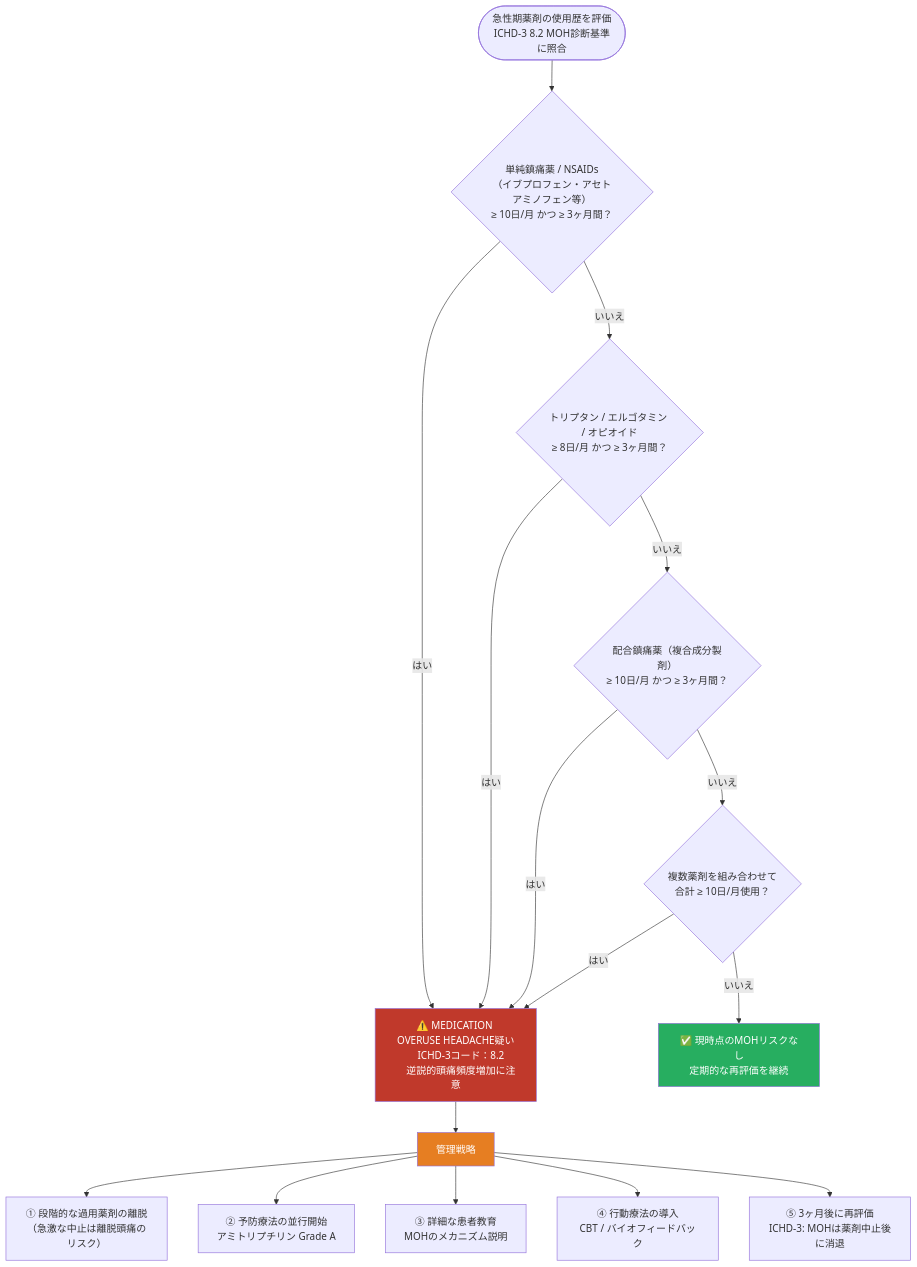
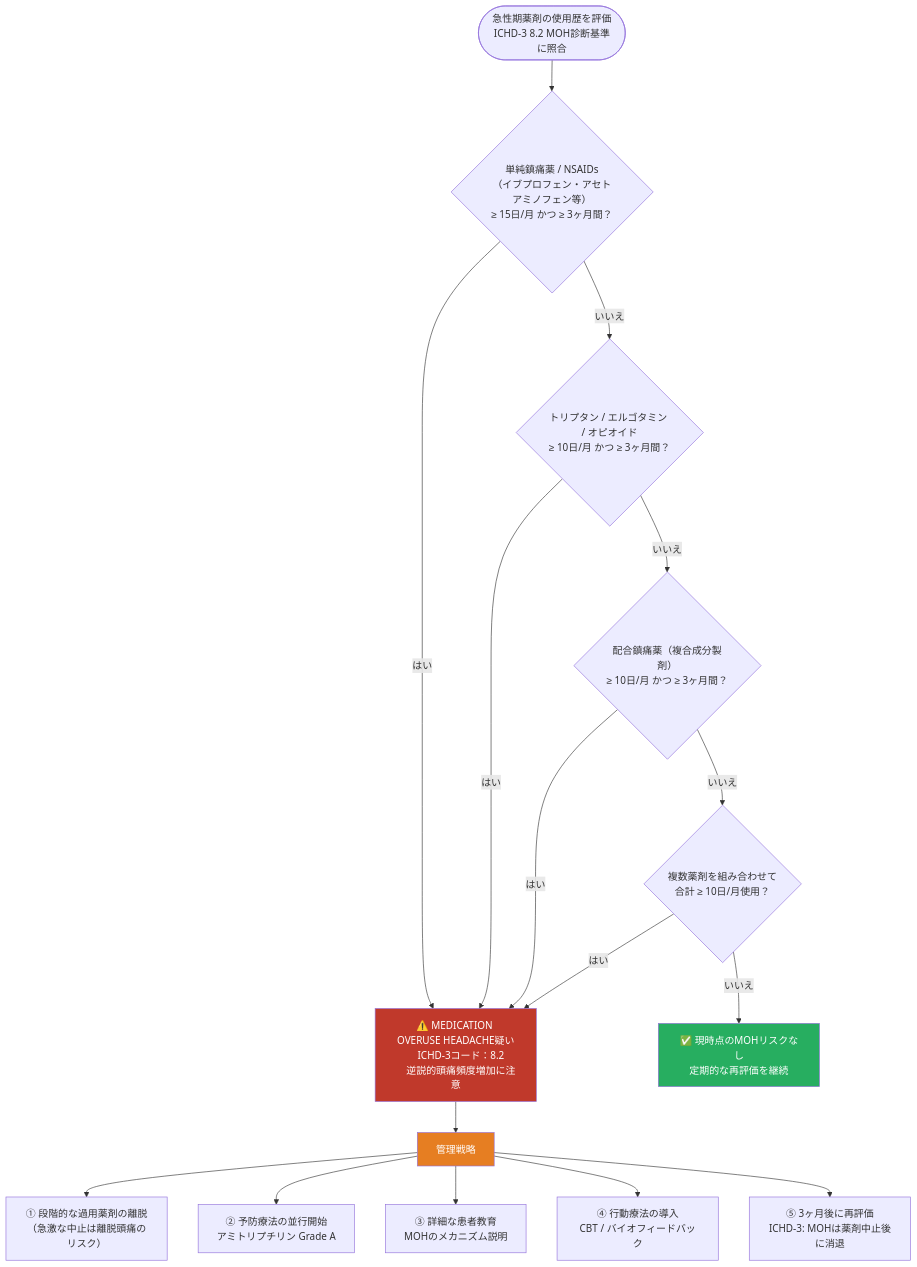
Before and after one commit to myoshi2891/Medical-Studies: the eighth of 8 diagrams in Types-of-headache/md-files/Tension-Type-Headache.md, drawn with Mermaid. The commit also changed other lines of this file and 3 other files, not shown here.

````diff
--- a/Types-of-headache/md-files/Tension-Type-Headache.md
+++ b/Types-of-headache/md-files/Tension-Type-Headache.md
@@ -584,37 +585,37 @@
 ```mermaid
 flowchart TD
     START(["急性期薬剤の使用歴を評価\nICHD-3 8.2 MOH診断基準に照合"]) --> A
 
-    A{"単純鎮痛薬 / NSAIDs\n（イブプロフェン・アセトアミノフェン等）\n≥ 10日/月 かつ ≥ 3ヶ月間？"}
+    A{"単純鎮痛薬 / NSAIDs\n（イブプロフェン・アセトアミノフェン等）\n≥ 15日/月 かつ ≥ 3ヶ月間？"}
     A -->|はい| MOH
     A -->|いいえ| B
 
-    B{"トリプタン / エルゴタミン / オピオイド\n≥ 8日/月 かつ ≥ 3ヶ月間？"}
+    B{"トリプタン / エルゴタミン / オピオイド\n≥ 10日/月 かつ ≥ 3ヶ月間？"}
     B -->|はい| MOH
     B -->|いいえ| C
 
     C{"配合鎮痛薬（複合成分製剤）\n≥ 10日/月 かつ ≥ 3ヶ月間？"}
     C -->|はい| MOH
     C -->|いいえ| D
 
     D{"複数薬剤を組み合わせて\n合計 ≥ 10日/月使用？"}
     D -->|はい| MOH
     D -->|いいえ| SAFE
 
     SAFE["✅ 現時点のMOHリスクなし\n定期的な再評価を継続"]
 
     MOH["⚠️ MEDICATION OVERUSE HEADACHE疑い
     ICHD-3コード：8.2
     逆説的頭痛頻度増加に注意"]
 
     MOH --> MANAGE["管理戦略"]
     MANAGE --> M1["① 段階的な過用薬剤の離脱\n（急激な中止は離脱頭痛のリスク）"]
     MANAGE --> M2["② 予防療法の並行開始\nアミトリプチリン Grade A"]
     MANAGE --> M3["③ 詳細な患者教育\nMOHのメカニズム説明"]
     MANAGE --> M4["④ 行動療法の導入\nCBT / バイオフィードバック"]
     MANAGE --> M5["⑤ 3ヶ月後に再評価\nICHD-3: MOHは薬剤中止後に消退"]
 
     style MOH fill:#c0392b,color:#fff
     style SAFE fill:#27ae60,color:#fff
     style MANAGE fill:#e67e22,color:#fff
 ```
````
